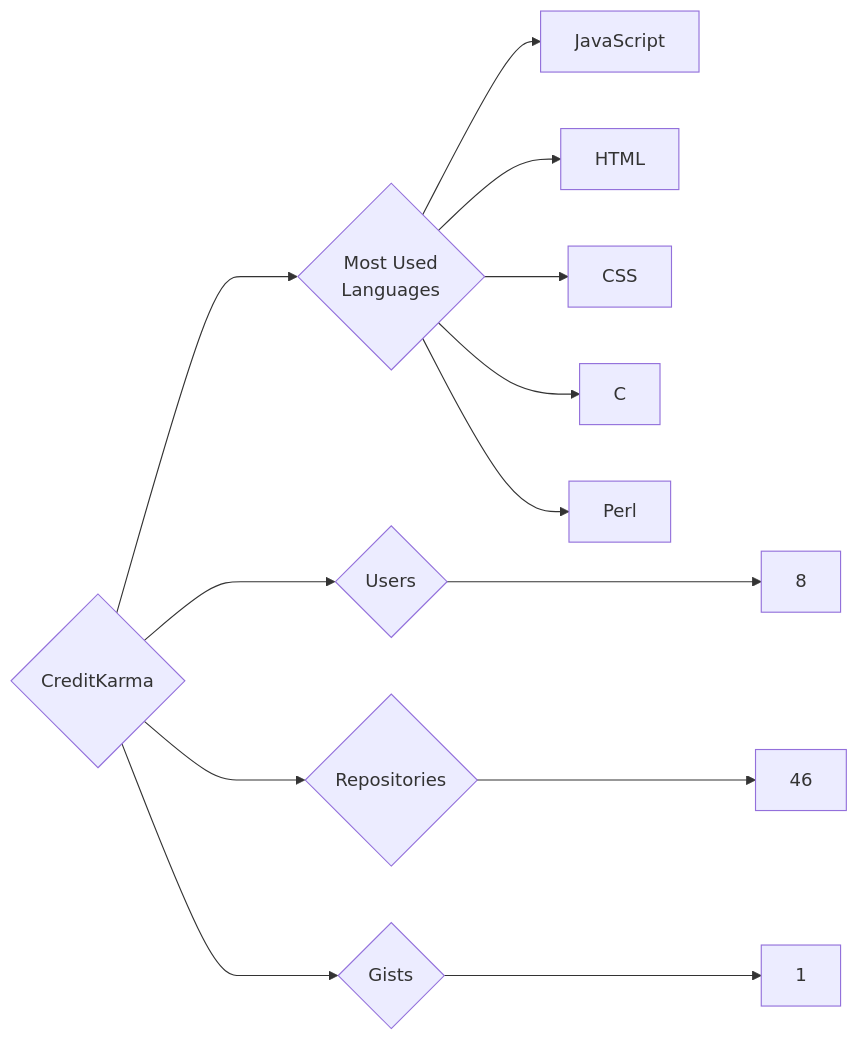
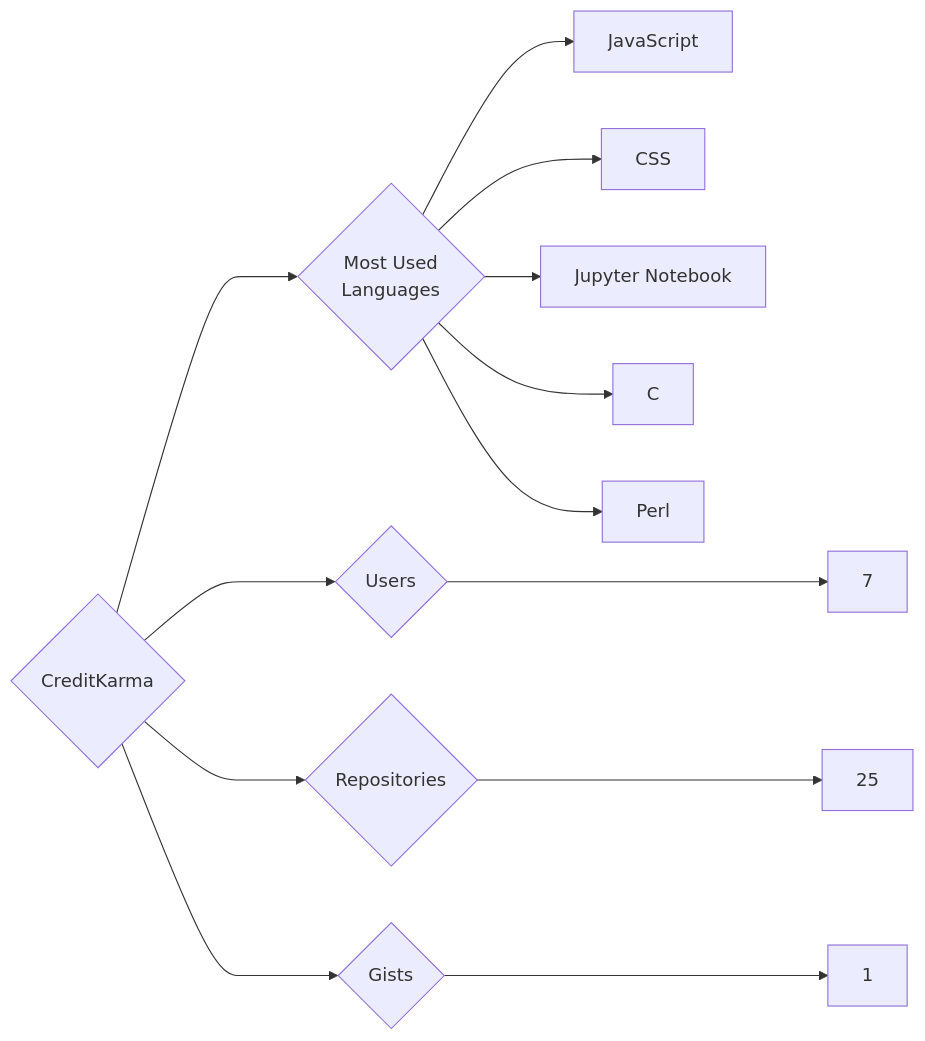
The diagram in targets/CreditKarma/README.md (trickest/insiders), drawn with Mermaid before and after one commit. The commit also changed 997 other files, not shown here.

````diff
--- a/targets/CreditKarma/README.md
+++ b/targets/CreditKarma/README.md
@@ -3,13 +3,13 @@
 ```mermaid
 graph LR
 COMPANY_NAME{CreditKarma}
-COMPANY_NAME ---> U{Users} ---> UN[8]
-COMPANY_NAME ---> R{Repositories} ---> RN[46]
+COMPANY_NAME ---> U{Users} ---> UN[7]
+COMPANY_NAME ---> R{Repositories} ---> RN[25]
 COMPANY_NAME ---> G{Gists} ---> GN[1]
 COMPANY_NAME ---> ML{Most Used<br>Languages}
 ML --> JavaScript[JavaScript]
-ML --> HTML[HTML]
 ML --> CSS[CSS]
+ML --> Jupyter_Notebook[Jupyter Notebook]
 ML --> C[C]
 ML --> Perl[Perl]
 ```
````
